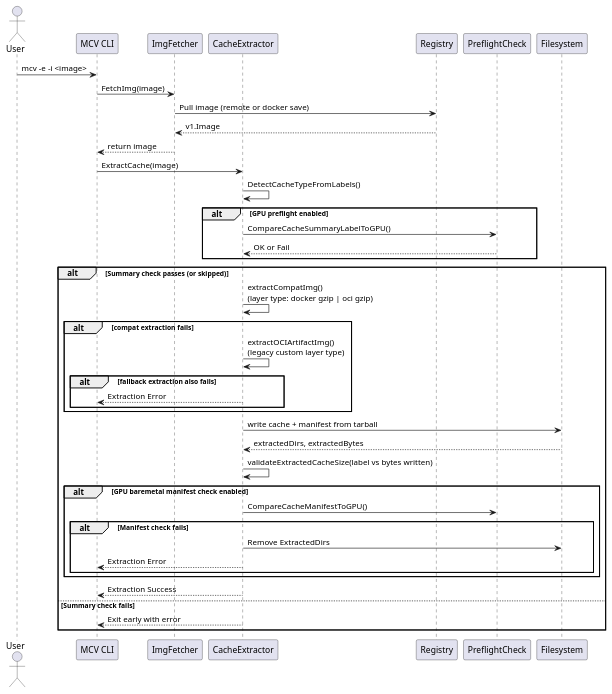
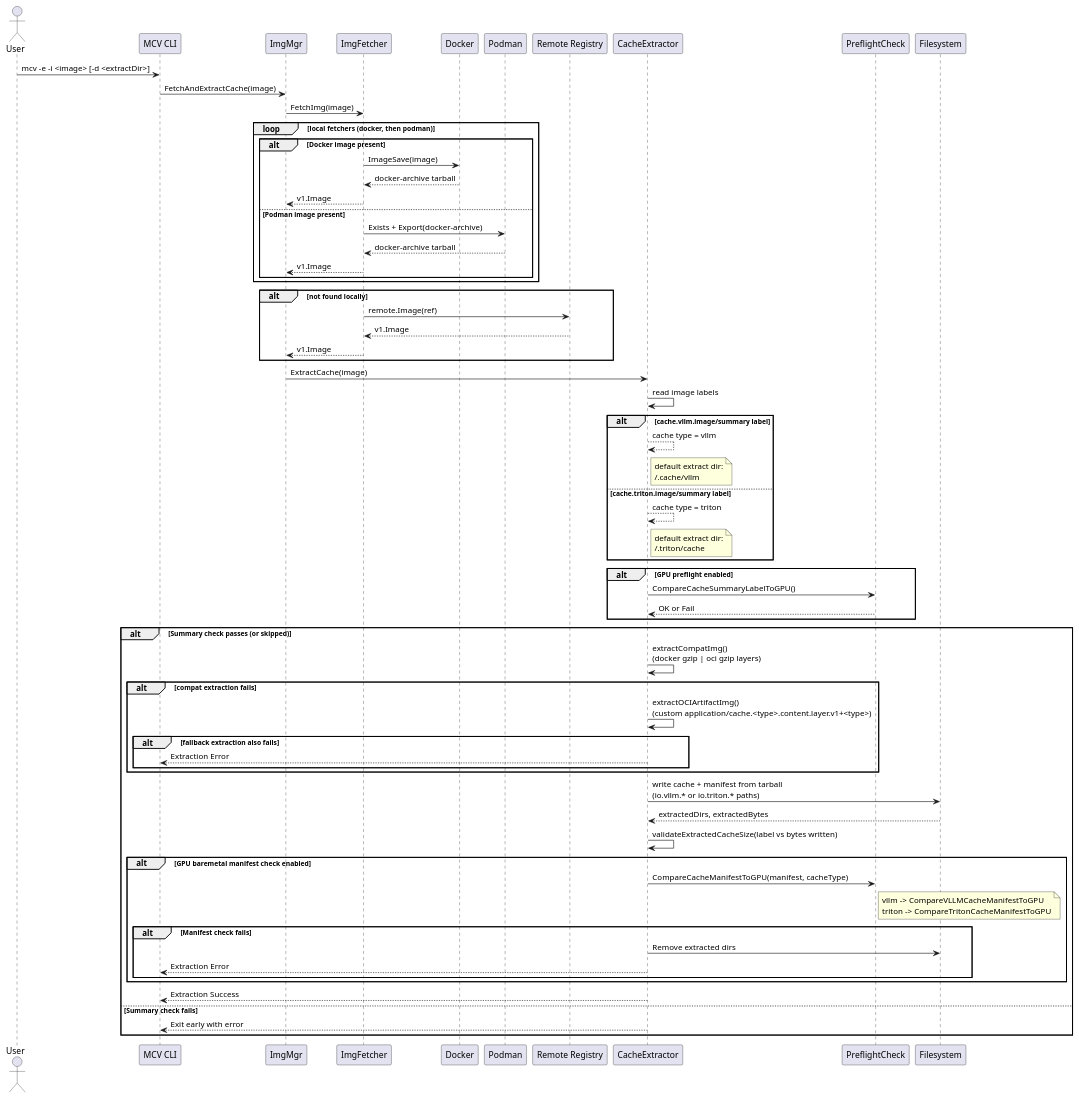
Before and after one commit to redhat-et/GKM: the diagram in mcv/docs/puml/extract.puml, drawn with PlantUML. The commit also changed 3 other files, not shown here.

Commit message:
mcv: update plantuml files

```diff
--- a/mcv/docs/puml/extract.puml
+++ b/mcv/docs/puml/extract.puml
@@ -1,46 +1,89 @@
 @startuml
 actor User
 participant "MCV CLI" as CLI
+participant "ImgMgr" as Mgr
 participant "ImgFetcher" as Fetcher
+participant "Docker" as Docker
+participant "Podman" as Podman
+participant "Remote Registry" as Registry
 participant "CacheExtractor" as Extractor
-participant "Registry" as Registry
 participant "PreflightCheck" as Check
 participant "Filesystem" as FS
 
-User -> CLI : mcv -e -i <image>
-CLI -> Fetcher : FetchImg(image)
-Fetcher -> Registry : Pull image (remote or docker save)
-Registry --> Fetcher : v1.Image
-Fetcher --> CLI : return image
+User -> CLI : mcv -e -i <image> [-d <extractDir>]
+CLI -> Mgr : FetchAndExtractCache(image)
 
-CLI -> Extractor : ExtractCache(image)
-Extractor -> Extractor : DetectCacheTypeFromLabels()
+Mgr -> Fetcher : FetchImg(image)
+
+loop local fetchers (docker, then podman)
+    alt Docker image present
+        Fetcher -> Docker : ImageSave(image)
+        Docker --> Fetcher : docker-archive tarball
+        Fetcher --> Mgr : v1.Image
+    else Podman image present
+        Fetcher -> Podman : Exists + Export(docker-archive)
+        Podman --> Fetcher : docker-archive tarball
+        Fetcher --> Mgr : v1.Image
+    end
+end
+
+alt not found locally
+    Fetcher -> Registry : remote.Image(ref)
+    Registry --> Fetcher : v1.Image
+    Fetcher --> Mgr : v1.Image
+end
+
+Mgr -> Extractor : ExtractCache(image)
+
+Extractor -> Extractor : read image labels
+
+alt cache.vllm.image/summary label
+    Extractor --> Extractor : cache type = vllm
+    note right of Extractor
+      default extract dir:
+      ~/.cache/vllm
+    end note
+else cache.triton.image/summary label
+    Extractor --> Extractor : cache type = triton
+    note right of Extractor
+      default extract dir:
+      ~/.triton/cache
+    end note
+end
 
 alt GPU preflight enabled
     Extractor -> Check : CompareCacheSummaryLabelToGPU()
     Check --> Extractor : OK or Fail
 end
 
 alt Summary check passes (or skipped)
-    Extractor -> Extractor : extractCompatImg()\n(layer type: docker gzip | oci gzip)
+    Extractor -> Extractor : extractCompatImg()\n(docker gzip | oci gzip layers)
     alt compat extraction fails
-        Extractor -> Extractor : extractOCIArtifactImg()\n(legacy custom layer type)
+        Extractor -> Extractor : extractOCIArtifactImg()\n(custom application/cache.<type>.content.layer.v1+<type>)
         alt fallback extraction also fails
             Extractor --> CLI : Extraction Error
         end
     end
-    Extractor -> FS : write cache + manifest from tarball
+
+    Extractor -> FS : write cache + manifest from tarball\n(io.vllm.* or io.triton.* paths)
     FS --> Extractor : extractedDirs, extractedBytes
+
     Extractor -> Extractor : validateExtractedCacheSize(label vs bytes written)
+
     alt GPU baremetal manifest check enabled
-        Extractor -> Check : CompareCacheManifestToGPU()
+        Extractor -> Check : CompareCacheManifestToGPU(manifest, cacheType)
+        note right of Check
+          vllm -> CompareVLLMCacheManifestToGPU
+          triton -> CompareTritonCacheManifestToGPU
+        end note
         alt Manifest check fails
-            Extractor -> FS : Remove ExtractedDirs
+            Extractor -> FS : Remove extracted dirs
             Extractor --> CLI : Extraction Error
         end
     end
+
     Extractor --> CLI : Extraction Success
 else Summary check fails
     Extractor --> CLI : Exit early with error
 end
 @enduml
```
